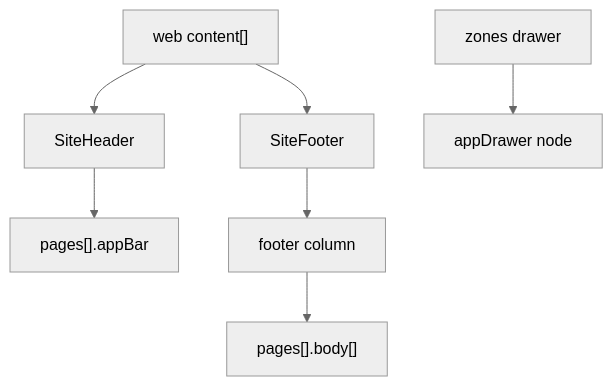
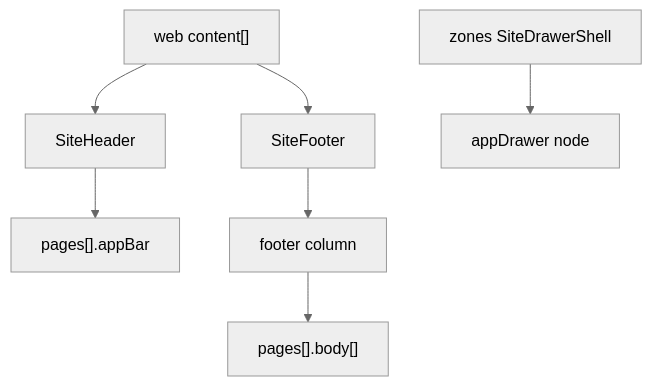
The diagram in docs/engine/web-to-mobile-converter/blocks/13-shell-blocks.md (yasser-jam/json-convertor), drawn with Mermaid (neutral theme) before and after one commit. The commit also changed other lines of this file and 16 other files, not shown here.

````diff
--- a/docs/engine/web-to-mobile-converter/blocks/13-shell-blocks.md
+++ b/docs/engine/web-to-mobile-converter/blocks/13-shell-blocks.md
@@ -96,18 +181,18 @@
 ```mermaid
 flowchart TB
   webContent["web content[]"]
   siteHeader["SiteHeader"]
   siteFooter["SiteFooter"]
-  zones["zones drawer"]
+  zones["zones SiteDrawerShell"]
   appBar["pages[].appBar"]
   body["pages[].body[]"]
   appDrawer["appDrawer node"]
   footerSubtree["footer column"]
 
   webContent --> siteHeader
   webContent --> siteFooter
   zones --> appDrawer
   siteHeader --> appBar
   siteFooter --> footerSubtree
   footerSubtree --> body
 ```
````
